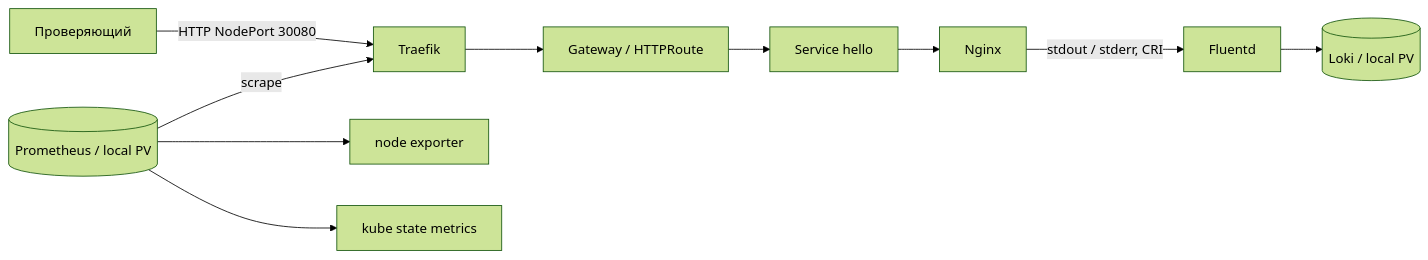
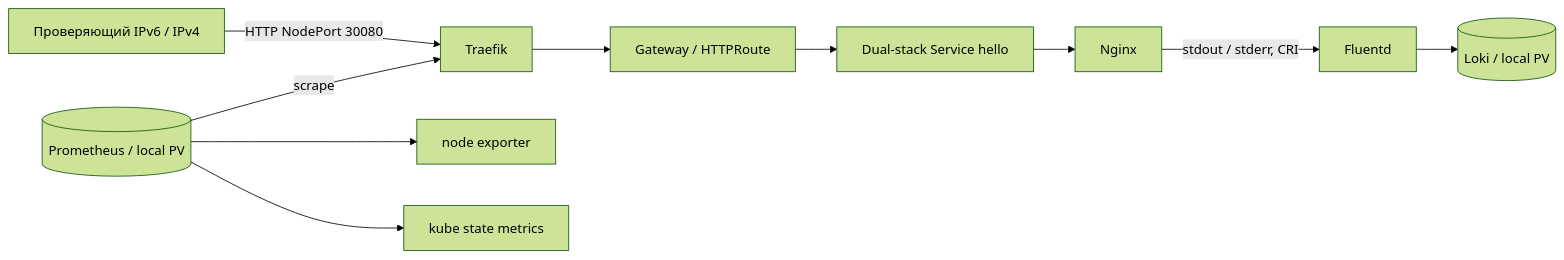
Before and after one commit to gigabebra/mts_hack: the diagram in README.md, drawn with Mermaid (forest theme). The commit also changed other lines of this file and 3 other files, not shown here.

Commit message:
Document accepted IPv6-primary dual-stack MVP and clean acceptance measurements

````diff
--- a/README.md
+++ b/README.md
@@ -16,12 +16,12 @@
 ```mermaid
 flowchart LR
-    User[Проверяющий] -->|HTTP NodePort 30080| Traefik
+    User[Проверяющий IPv6 / IPv4] -->|HTTP NodePort 30080| Traefik
     Traefik --> Gateway[Gateway / HTTPRoute]
-    Gateway --> Service[Service hello]
+    Gateway --> Service[Dual-stack Service hello]
     Service --> Nginx
     Nginx -->|stdout / stderr, CRI| Fluentd
     Fluentd --> Loki[(Loki / local PV)]
     Prometheus[(Prometheus / local PV)] -->|scrape| Traefik
     Prometheus --> Node[node exporter]
     Prometheus --> KSM[kube state metrics]
 ```
````
